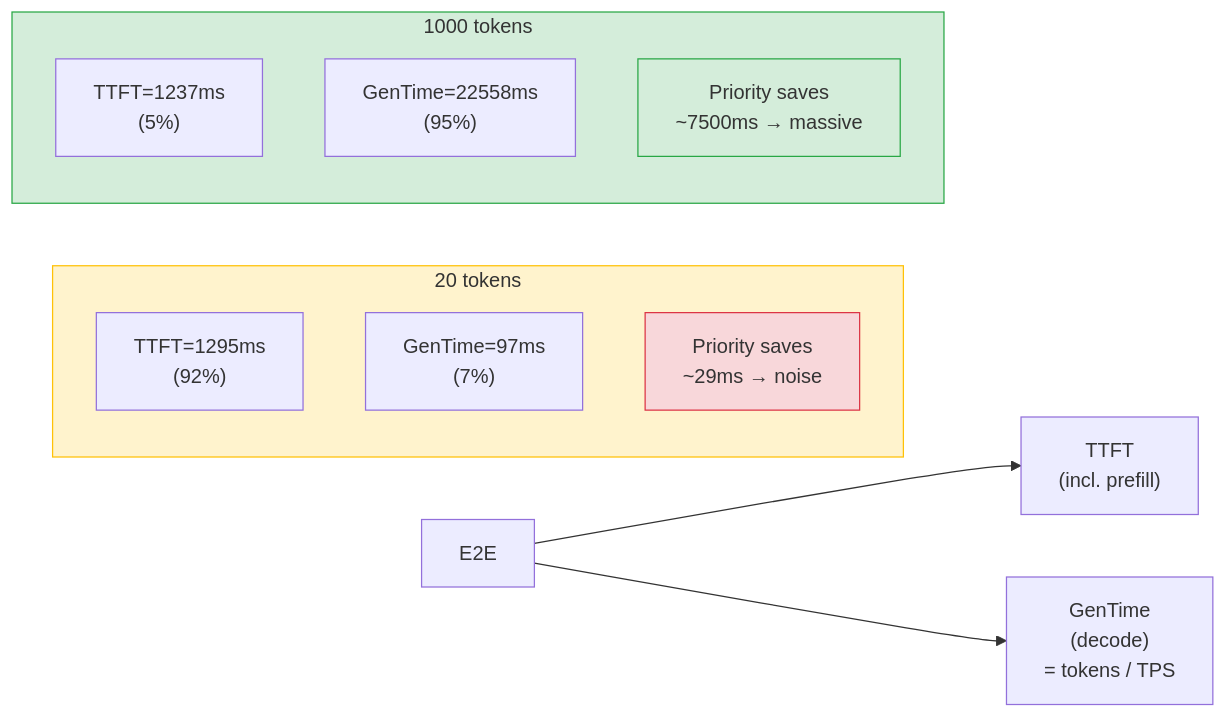
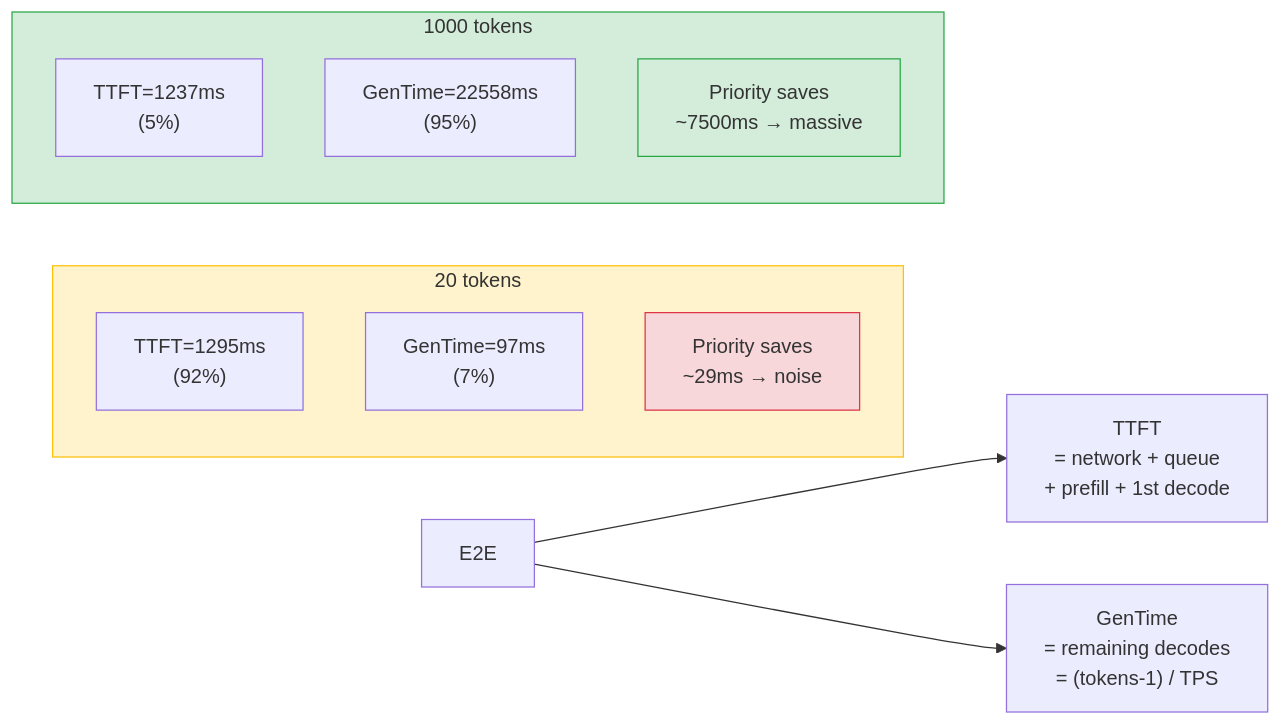
Before and after one commit to david-xinyuwei/david-share: the first of 3 diagrams in Agents/AOAI-Priority-Processing-Benchmark/README.md, drawn with Mermaid. The commit also changed other lines of this file and 1 other file, not shown here.

Commit message:
Precise TTFT/GenTime definitions: TTFT = network+queue+prefill+1st decode; GenTime = remaining decodes

````diff
--- a/Agents/AOAI-Priority-Processing-Benchmark/README.md
+++ b/Agents/AOAI-Priority-Processing-Benchmark/README.md
@@ -21,22 +21,22 @@
 ```mermaid
 flowchart LR
-    E2E["E2E"] --> TTFT["TTFT<br/>(incl. prefill)"]
-    E2E --> GenTime["GenTime<br/>(decode)<br/>= tokens / TPS"]
+    E2E["E2E"] --> TTFT["TTFT<br/>= network + queue<br/>+ prefill + 1st decode"]
+    E2E --> GenTime["GenTime<br/>= remaining decodes<br/>= (tokens-1) / TPS"]
     
     subgraph S20["20 tokens"]
         T20["TTFT=1295ms<br/>(92%)"]
         G20["GenTime=97ms<br/>(7%)"]
         R20["Priority saves<br/>~29ms → noise"]
     end
     
     subgraph S1000["1000 tokens"]
         T1000["TTFT=1237ms<br/>(5%)"]
         G1000["GenTime=22558ms<br/>(95%)"]
         R1000["Priority saves<br/>~7500ms → massive"]
     end
     
     style S20 fill:#fff3cd,stroke:#ffc107
     style S1000 fill:#d4edda,stroke:#28a745
     style R20 fill:#f8d7da,stroke:#dc3545
     style R1000 fill:#d4edda,stroke:#28a745
 ```
````
